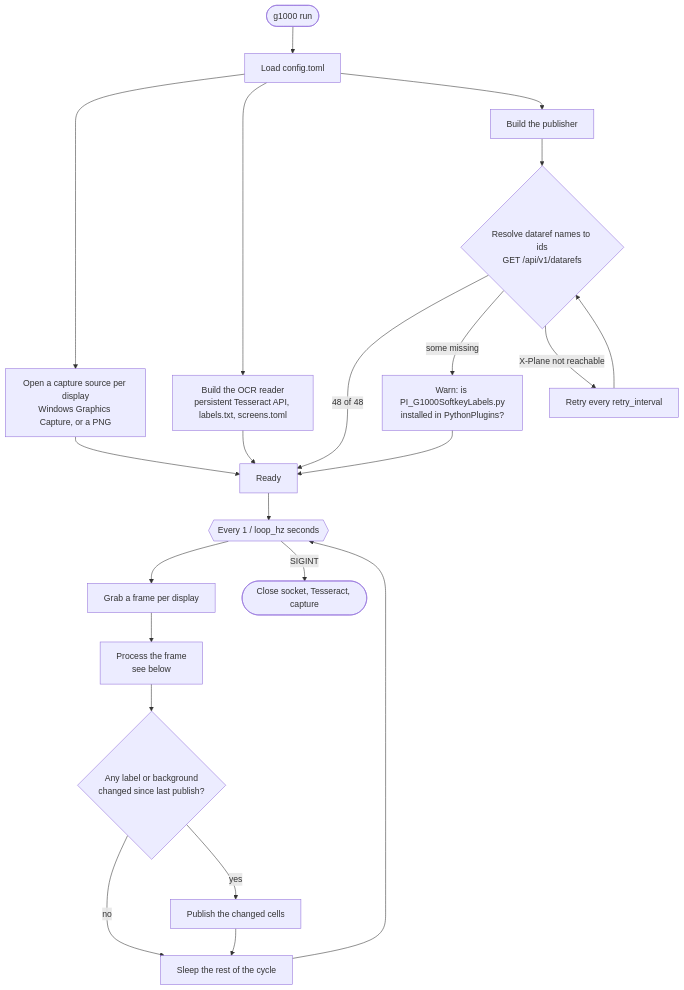
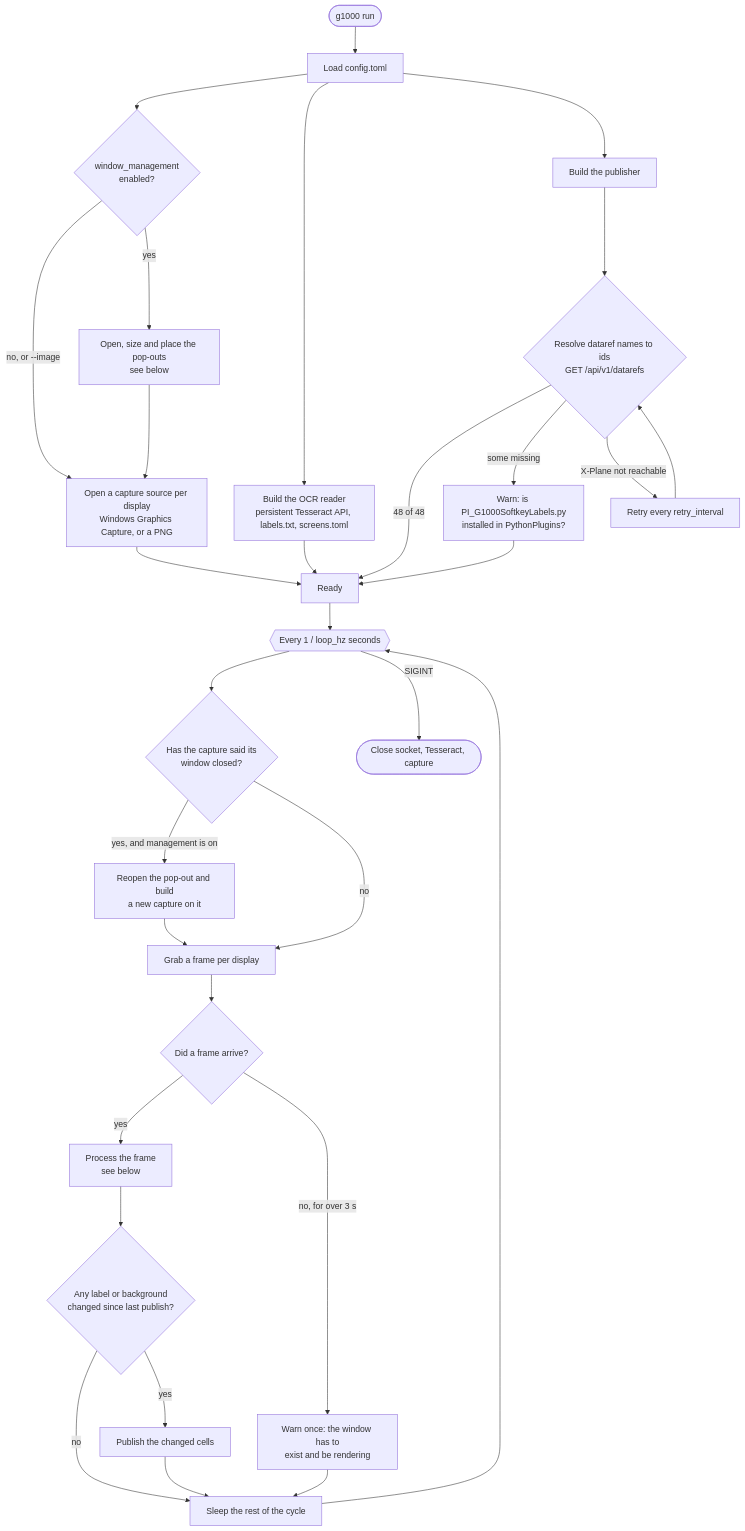
The first of 4 diagrams in docs/PIPELINE.md (rstalets/GlassLinkXP), drawn with Mermaid before and after one commit. The commit also changed other lines of this file and 25 other files, not shown here.

First line of the commit message:
Add window management: open, size and place G1000 pop-outs (#8)

````diff
--- a/docs/PIPELINE.md
+++ b/docs/PIPELINE.md
@@ -11,28 +11,38 @@
 ```mermaid
 flowchart TD
     START([g1000 run]) --> CFG[Load config.toml]
-    CFG --> SRC["Open a capture source per display<br/>Windows Graphics Capture, or a PNG"]
+    CFG --> WM{"window_management<br/>enabled?"}
+    WM -->|"no, or --image"| SRC
+    WM -->|yes| MANAGE["Open, size and place the pop-outs<br/>see below"]
+    MANAGE --> SRC
+    SRC["Open a capture source per display<br/>Windows Graphics Capture, or a PNG"]
     CFG --> RDR["Build the OCR reader<br/>persistent Tesseract API, labels.txt, screens.toml"]
     CFG --> PUB[Build the publisher]
 
     PUB --> RESOLVE{"Resolve dataref names to ids<br/>GET /api/v1/datarefs"}
     RESOLVE -->|48 of 48| READY[Ready]
     RESOLVE -->|some missing| WARN["Warn: is PI_G1000SoftkeyLabels.py<br/>installed in PythonPlugins?"]
     WARN --> READY
     RESOLVE -->|X-Plane not reachable| RETRY["Retry every retry_interval"]
     RETRY --> RESOLVE
 
     SRC --> READY
     RDR --> READY
 
     READY --> LOOP{{"Every 1 / loop_hz seconds"}}
-    LOOP --> GRAB[Grab a frame per display]
-    GRAB --> PROC["Process the frame<br/>see below"]
+    LOOP --> LOST{"Has the capture said its<br/>window closed?"}
+    LOST -->|"yes, and management is on"| REOPEN["Reopen the pop-out and build<br/>a new capture on it"]
+    LOST -->|no| GRAB
+    REOPEN --> GRAB[Grab a frame per display]
+    GRAB --> GOT{"Did a frame arrive?"}
+    GOT -->|yes| PROC["Process the frame<br/>see below"]
+    GOT -->|"no, for over 3 s"| STARVED["Warn once: the window has to<br/>exist and be rendering"]
+    STARVED --> SLEEP
     PROC --> DIFF{"Any label or background<br/>changed since last publish?"}
     DIFF -->|no| SLEEP
     DIFF -->|yes| SEND["Publish the changed cells"]
     SEND --> SLEEP[Sleep the rest of the cycle]
     SLEEP --> LOOP
 
     LOOP -->|SIGINT| STOP([Close socket, Tesseract, capture])
 ```
````
